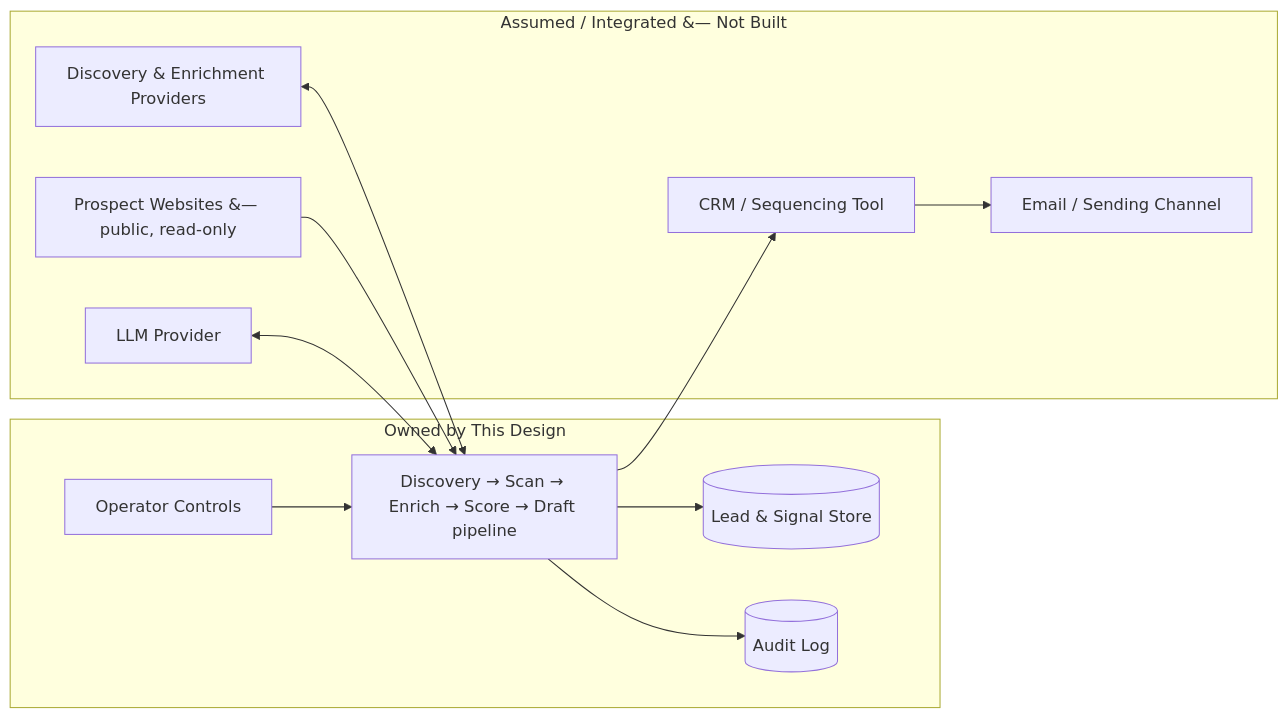
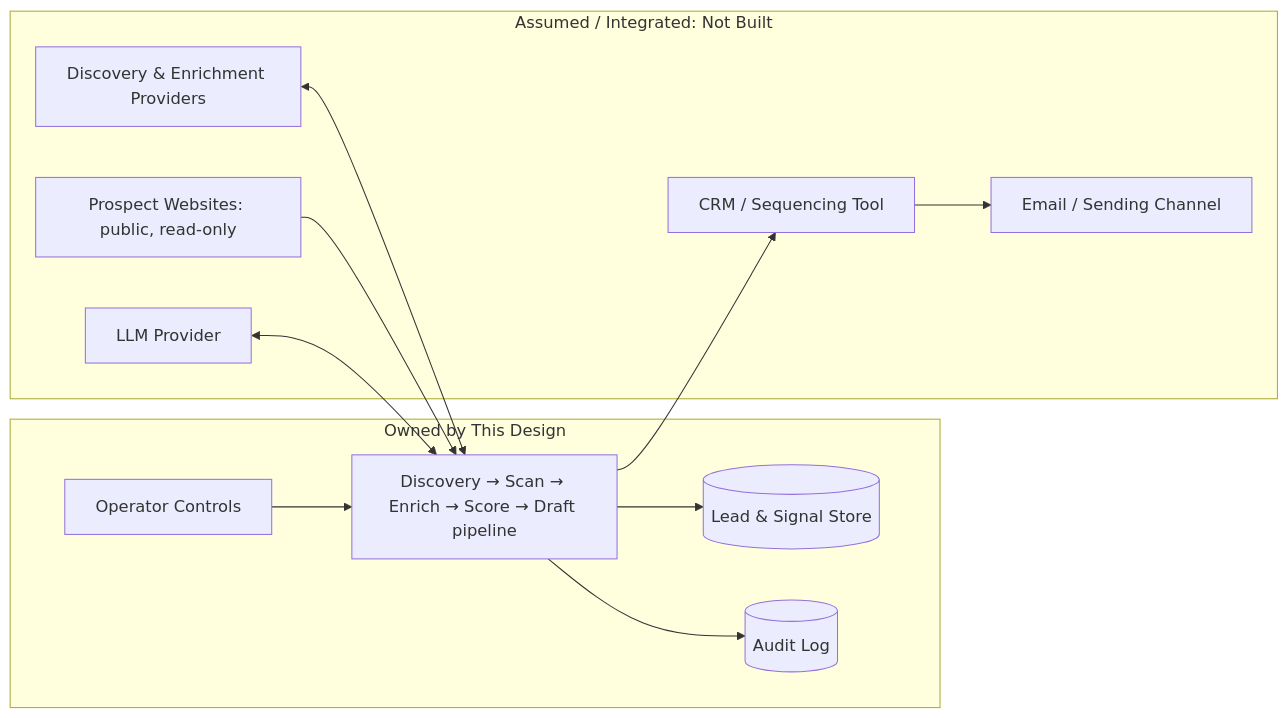
Before and after one commit to omars-lab/omars-lab.github.io: the third of 13 diagrams in bytesofpurpose-blog/designs/2026-06-21-ecommerce-site-scanner-and-lead-generation-engine.mdx, drawn with Mermaid. The commit also changed other lines of this file and 9 other files, not shown here.

````diff
--- a/bytesofpurpose-blog/designs/2026-06-21-ecommerce-site-scanner-and-lead-generation-engine.mdx
+++ b/bytesofpurpose-blog/designs/2026-06-21-ecommerce-site-scanner-and-lead-generation-engine.mdx
@@ -337,27 +337,27 @@
 ```mermaid
 graph LR
     subgraph owned["Owned by This Design"]
         PIPE[Discovery → Scan → Enrich → Score → Draft pipeline]
         STORE[(Lead & Signal Store)]
         CTRL[Operator Controls]
         AUDIT[(Audit Log)]
     end
 
-    subgraph assumed["Assumed / Integrated &#8212; Not Built"]
+    subgraph assumed["Assumed / Integrated: Not Built"]
         PROV[Discovery & Enrichment Providers]
-        WEB[Prospect Websites &#8212; public, read-only]
+        WEB[Prospect Websites: public, read-only]
         CRM[CRM / Sequencing Tool]
         MAIL[Email / Sending Channel]
         LLM[LLM Provider]
     end
 
     PIPE --> STORE
     PIPE --> AUDIT
     CTRL --> PIPE
     PROV <--> PIPE
     WEB --> PIPE
     PIPE --> CRM
     CRM --> MAIL
     LLM <--> PIPE
 
 ```
````
